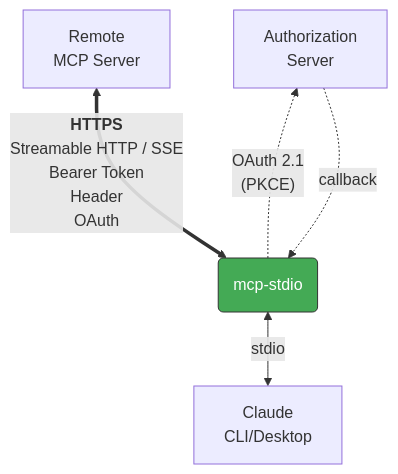
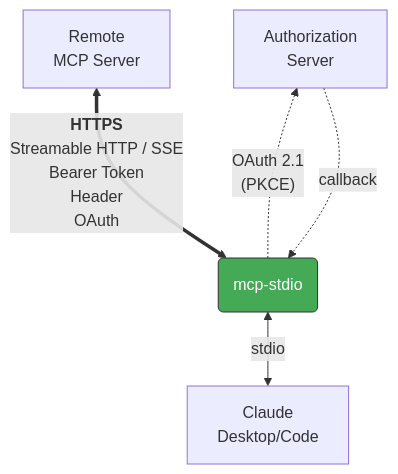
One commit to shigechika/mcp-stdio changed the diagram in README.ja.md. Above: the diagram before and after it, drawn with Mermaid. The commit also changed 1 other file, not shown here.

Commit message:
docs: update mermaid diagram label to "Desktop/Code"
Reflects the two primary MCP clients (Claude Desktop and Claude Code)
in the architecture diagram rather than the older "CLI/Desktop".

````diff
--- a/README.ja.md
+++ b/README.ja.md
@@ -11,8 +11,8 @@
 ```mermaid
 flowchart BT
-    A[Claude<br>CLI/Desktop] <-- stdio --> B(mcp-stdio)
+    A[Claude<br>Desktop/Code] <-- stdio --> B(mcp-stdio)
     B <== "<b>HTTPS</b><br>Streamable HTTP / SSE<br>Bearer Token<br>Header<br>OAuth" ==> C[Remote<br>MCP Server]
     B -. "OAuth 2.1<br>(PKCE)" .-> D[Authorization<br>Server]
     D -. callback .-> B
     style B fill:#4a5,stroke:#333,color:#fff
 ```
````
